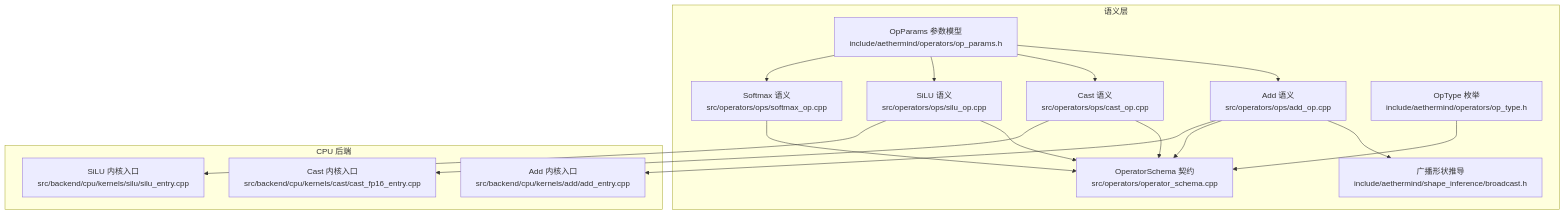
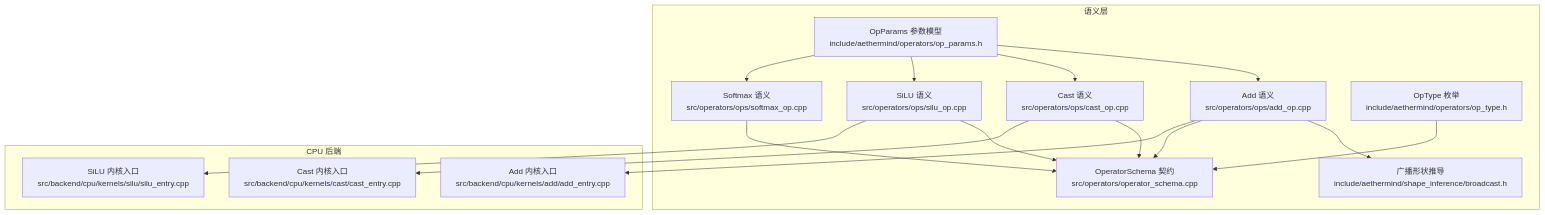
Before and after one commit to fengjiran/AetherMind: the first of 10 diagrams in docs/handbook/核心模块设计/算子系统 (Operators)/算术运算算子.md, drawn with Mermaid. The commit also changed other lines of this file and 56 other files, not shown here.

First line of the commit message:
docs: move improvement plans into the roadmap section

````diff
--- a/docs/handbook/核心模块设计/算子系统 (Operators)/算术运算算子.md
+++ b/docs/handbook/核心模块设计/算子系统 (Operators)/算术运算算子.md
@@ -51,33 +51,33 @@
 ```mermaid
 graph TB
     subgraph "语义层"
         OP_ADD["Add 语义<br/>src/operators/ops/add_op.cpp"]
         OP_CAST["Cast 语义<br/>src/operators/ops/cast_op.cpp"]
         OP_SILU["SiLU 语义<br/>src/operators/ops/silu_op.cpp"]
         OP_SOFTMAX["Softmax 语义<br/>src/operators/ops/softmax_op.cpp"]
         PARAMS["OpParams 参数模型<br/>include/aethermind/operators/op_params.h"]
         TYPES["OpType 枚举<br/>include/aethermind/operators/op_type.h"]
         SCHEMA["OperatorSchema 契约<br/>src/operators/operator_schema.cpp"]
         BROADCAST["广播形状推导<br/>include/aethermind/shape_inference/broadcast.h"]
     end
 
     subgraph "CPU 后端"
         ADD_ENTRY["Add 内核入口<br/>src/backend/cpu/kernels/add/add_entry.cpp"]
-        CAST_ENTRY["Cast 内核入口<br/>src/backend/cpu/kernels/cast/cast_fp16_entry.cpp"]
+        CAST_ENTRY["Cast 内核入口<br/>src/backend/cpu/kernels/cast/cast_entry.cpp"]
         SILU_ENTRY["SiLU 内核入口<br/>src/backend/cpu/kernels/silu/silu_entry.cpp"]
     end
 
     OP_ADD --> BROADCAST
     OP_ADD --> SCHEMA
     OP_CAST --> SCHEMA
     OP_SILU --> SCHEMA
     OP_SOFTMAX --> SCHEMA
     OP_ADD --> ADD_ENTRY
     OP_CAST --> CAST_ENTRY
     OP_SILU --> SILU_ENTRY
     TYPES --> SCHEMA
     PARAMS --> OP_ADD
     PARAMS --> OP_CAST
     PARAMS --> OP_SILU
     PARAMS --> OP_SOFTMAX
 ```
````
